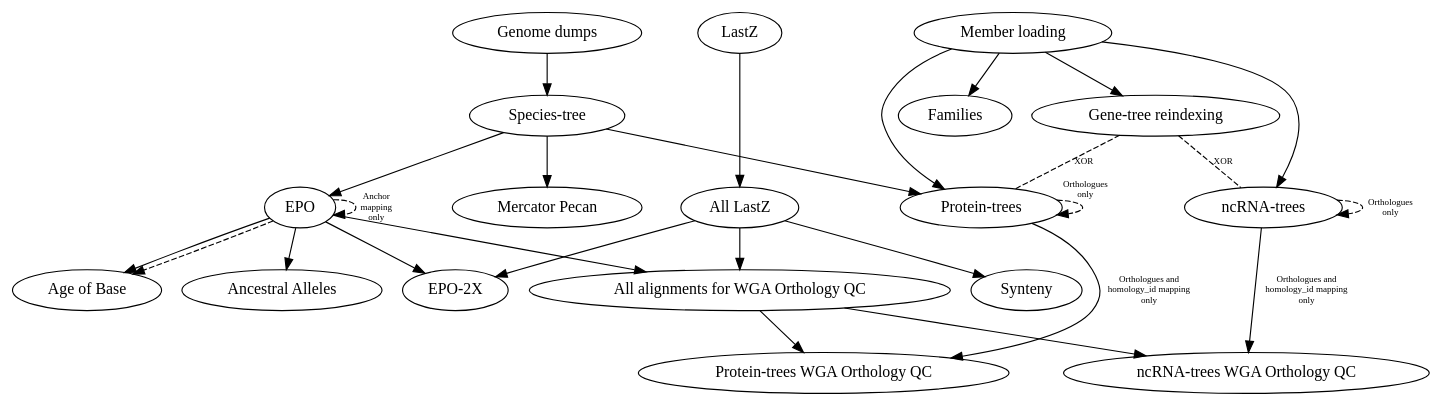
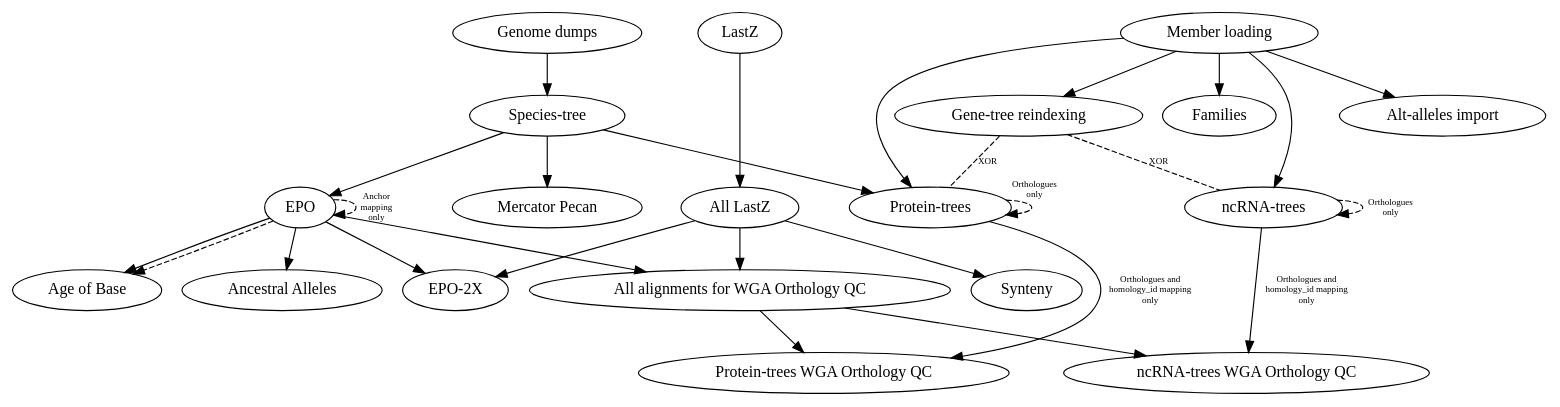
One commit to Ensembl/ensembl-compara changed the diagram in scripts/jira_tickets/compara_merged.dot. Above: the diagram before and after it, drawn with Graphviz. The commit also changed 2 other files, not shown here.

```diff
--- a/scripts/jira_tickets/compara_merged.dot
+++ b/scripts/jira_tickets/compara_merged.dot
@@ -1,22 +1,22 @@
 digraph {
     "Genome dumps" -> "Species-tree";
     "Species-tree" -> { "EPO", "Mercator Pecan", "Protein-trees" };
     {"EPO", "All LastZ"} -> "EPO-2X";
     "EPO" -> "Age of Base";
     "EPO" -> "Ancestral Alleles";
-    "Member loading" -> { "Protein-trees", "ncRNA-trees", "Families", "Gene-tree reindexing" };
+    "Member loading" -> { "Protein-trees", "ncRNA-trees", "Families", "Gene-tree reindexing", "Alt-alleles import" };
     "Protein-trees" -> "Protein-trees WGA Orthology QC" [fontsize="8", label="Orthologues and\nhomology_id mapping\nonly"];
     "ncRNA-trees" -> "ncRNA-trees WGA Orthology QC" [fontsize="8", label="Orthologues and\nhomology_id mapping\nonly"];
     {"All LastZ", "EPO"} -> "All alignments for WGA Orthology QC" -> {"Protein-trees WGA Orthology QC", "ncRNA-trees WGA Orthology QC"};
     "LastZ" -> "All LastZ" -> "Synteny";
 
     "Gene-tree reindexing" -> "ncRNA-trees" [style="dashed", dir=none, fontsize="8", label="XOR", headport="murinae:w", tailport="murinae:s"];
     "Gene-tree reindexing" -> "Protein-trees" [style="dashed", dir=none, fontsize="8", label="XOR", headport="murinae:e", tailport="murinae:s"];
     "EPO" -> "EPO" [style="dashed", fontsize="8", label="Anchor\nmapping\nonly", headport="Primates:e", tailport="Mammals:e"];
     "EPO" -> "Age of Base" [style="dashed", headport="Human:e", tailport="Mammals:w"];
     "Protein-trees" -> "Protein-trees" [style="dashed", fontsize="8", xlabel="Orthologues\nonly", headport="Murinae:w", tailport="Default vertebrates:w"];
     "ncRNA-trees" -> "ncRNA-trees" [style="dashed", fontsize="8", label="Orthologues\nonly", headport="Murinae:e", tailport="Default vertebrates:e"];
 
     // Helps laying out the graph
     {rank = same; "Genome dumps"; "LastZ"; "Member loading"; }
 }
```
